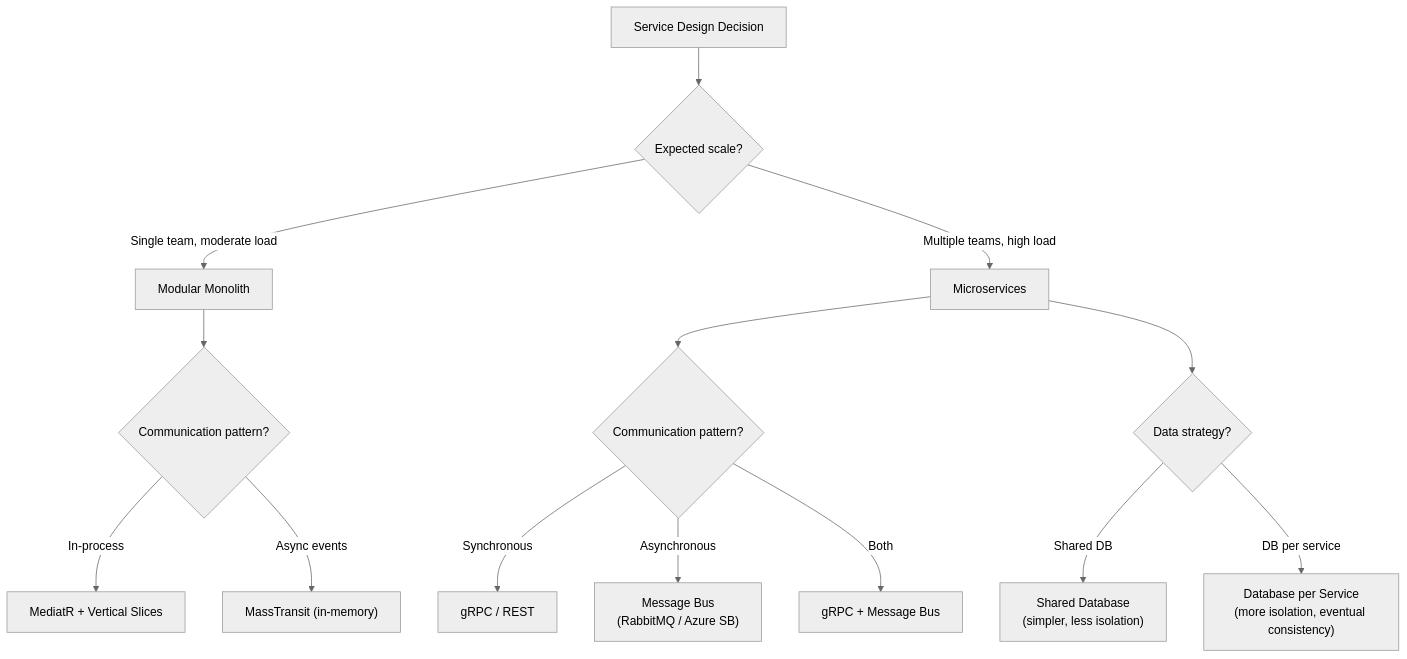
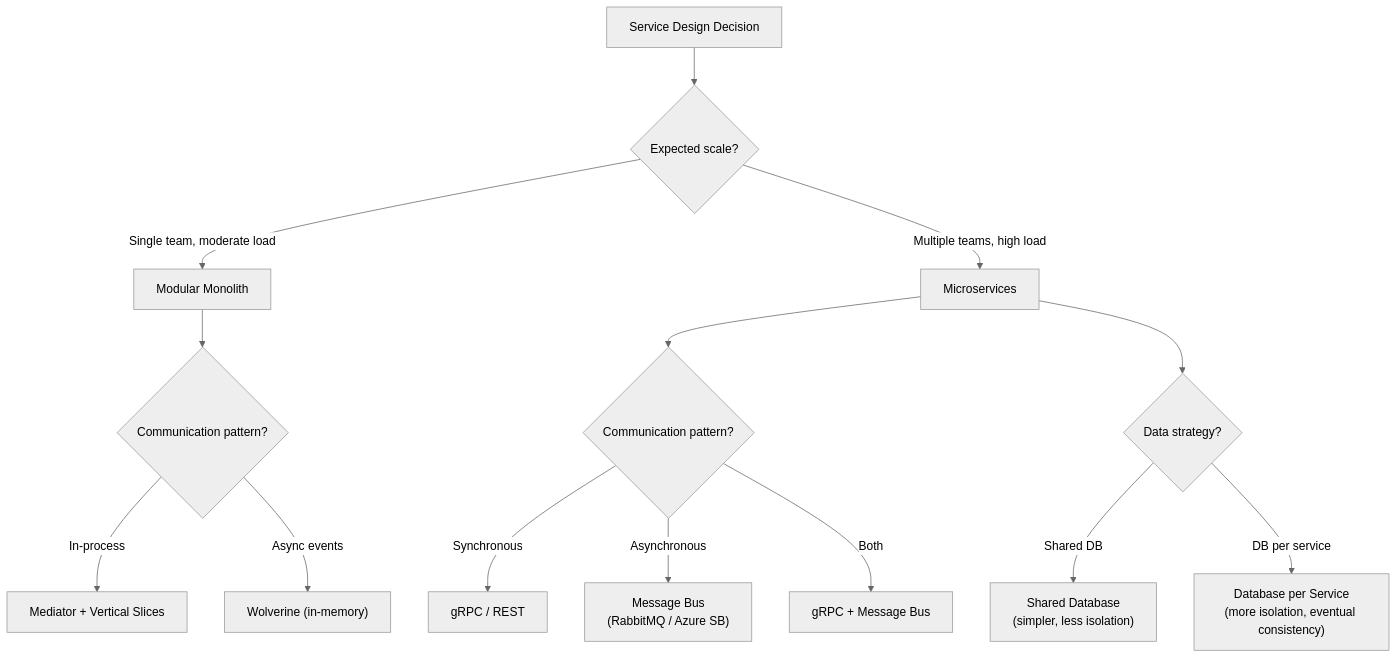
Diagram 21 of 21 in skills/dotnet-tooling/references/mermaid-diagrams.md (novotnyllc/dotnet-marketplace), drawn with Mermaid (neutral theme) before and after one commit. The commit also changed other lines of this file and 51 other files, not shown here.

````diff
--- a/skills/dotnet-tooling/references/mermaid-diagrams.md
+++ b/skills/dotnet-tooling/references/mermaid-diagrams.md
@@ -868,20 +819,20 @@
 ```mermaid
 flowchart TD
     Start["Service Design Decision"] --> Scale{"Expected scale?"}
 
     Scale -->|"Single team, moderate load"| Monolith["Modular Monolith"]
     Scale -->|"Multiple teams, high load"| Micro["Microservices"]
 
     Monolith --> MonoComm{"Communication pattern?"}
-    MonoComm -->|"In-process"| MediatR["MediatR + Vertical Slices"]
-    MonoComm -->|"Async events"| MonoBus["MassTransit (in-memory)"]
+    MonoComm -->|"In-process"| Mediator["Mediator + Vertical Slices"]
+    MonoComm -->|"Async events"| MonoBus["Wolverine (in-memory)"]
 
     Micro --> MicroComm{"Communication pattern?"}
     MicroComm -->|"Synchronous"| gRPC["gRPC / REST"]
     MicroComm -->|"Asynchronous"| MsgBus["Message Bus<br/>(RabbitMQ / Azure SB)"]
     MicroComm -->|"Both"| Hybrid["gRPC + Message Bus"]
 
     Micro --> DataStrategy{"Data strategy?"}
     DataStrategy -->|"Shared DB"| SharedDB["Shared Database<br/>(simpler, less isolation)"]
     DataStrategy -->|"DB per service"| OwnDB["Database per Service<br/>(more isolation, eventual consistency)"]
 ```
````
